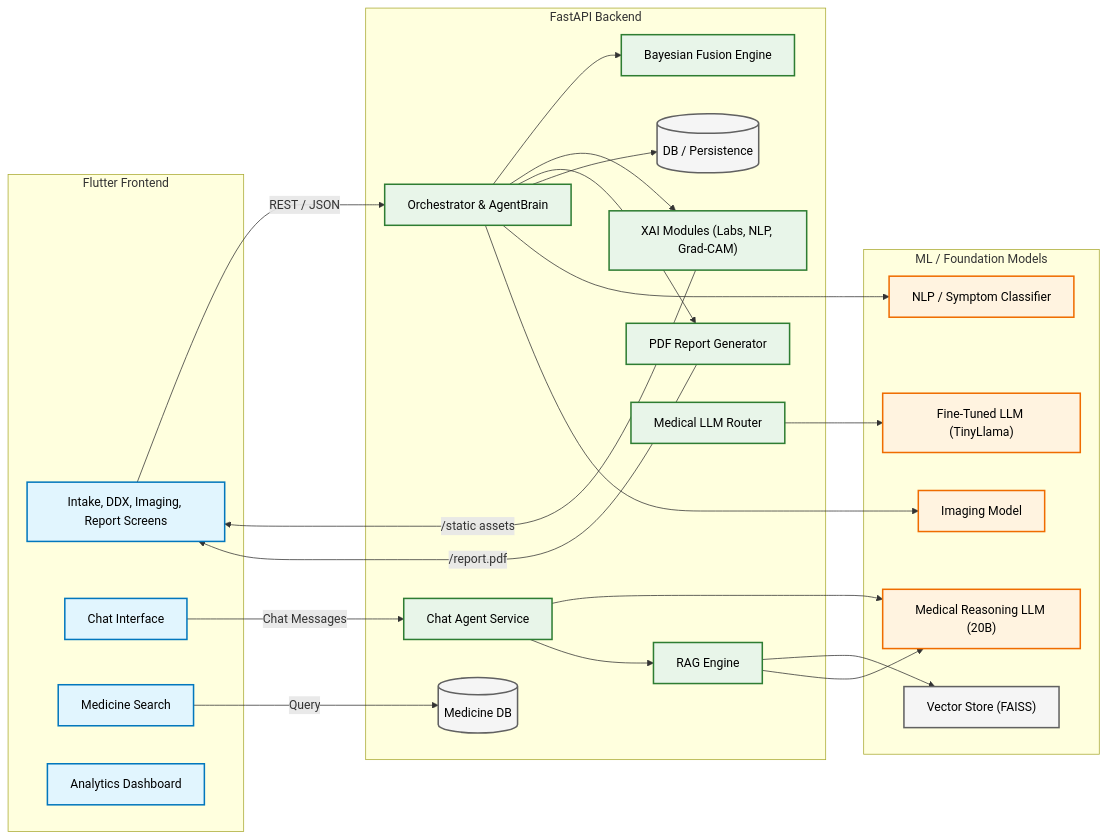
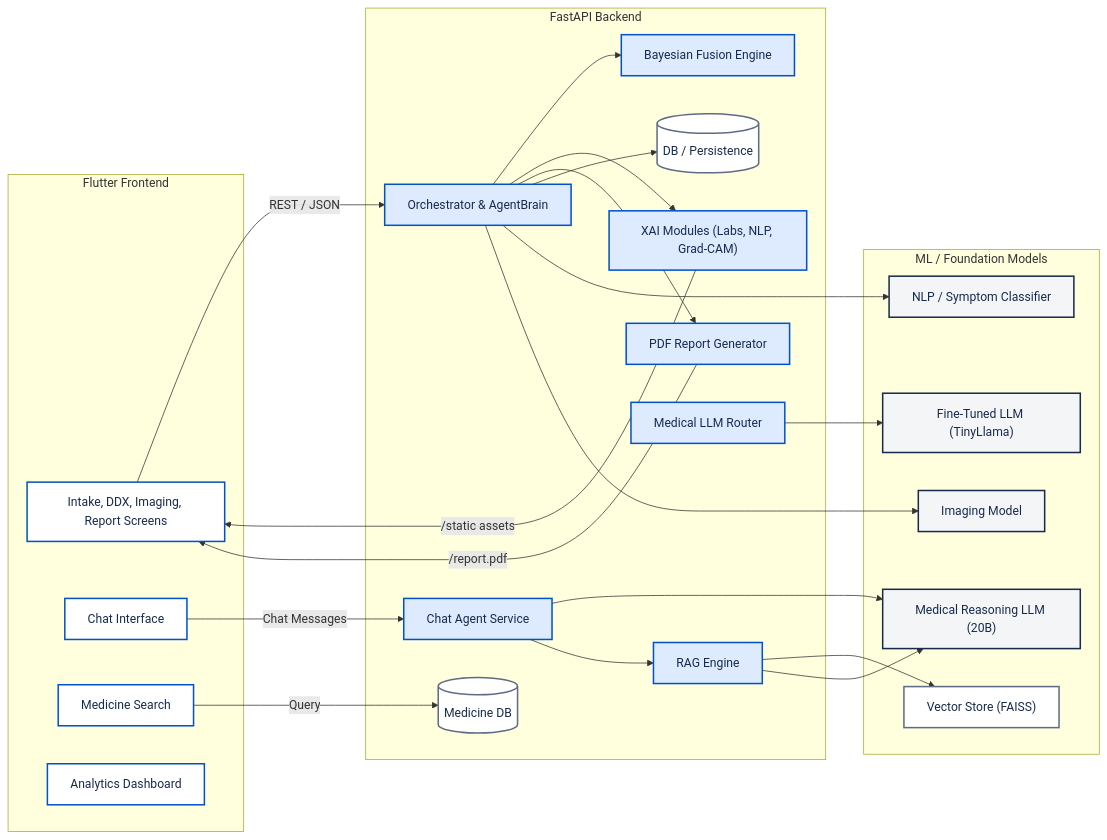
Before and after one commit to anaslari23/Multi-Modal-Health-AI-Agent-Guide: the first of 4 diagrams in README.md, drawn with Mermaid. The commit also changed other lines of this file, not shown here.

Commit message:
docs: Add badges, table of contents, quick start guide, and tech stack, while updating diagram themes in README.

````diff
--- a/README.md
+++ b/README.md
@@ -16,52 +29,52 @@
 ```mermaid
 flowchart LR
-    %% Define Styles
-    classDef frontend fill:#E1F5FE,stroke:#0277BD,stroke-width:2px,color:#000;
-    classDef backend fill:#E8F5E9,stroke:#2E7D32,stroke-width:2px,color:#000;
-    classDef ai fill:#FFF3E0,stroke:#EF6C00,stroke-width:2px,color:#000;
-    classDef db fill:#F5F5F5,stroke:#616161,stroke-width:2px,color:#000;
+    %% Define Styles - Corporate Theme
+    classDef frontend fill:#ffffff,stroke:#0052cc,stroke-width:2px,color:#172b4d;
+    classDef backend fill:#deebff,stroke:#0052cc,stroke-width:2px,color:#172b4d;
+    classDef ai fill:#f4f5f7,stroke:#172b4d,stroke-width:2px,color:#172b4d;
+    classDef db fill:#ffffff,stroke:#5e6c84,stroke-width:2px,color:#172b4d;
 
     subgraph Client [Flutter Frontend]
         UI["Intake, DDX, Imaging, Report Screens"]:::frontend
         CHAT["Chat Interface"]:::frontend
         SEARCH["Medicine Search"]:::frontend
         ANALYTICS["Analytics Dashboard"]:::frontend
     end
 
     subgraph API [FastAPI Backend]
         ORCH["Orchestrator & AgentBrain"]:::backend
         AGENT["Chat Agent Service"]:::backend
         RAG["RAG Engine"]:::backend
         FUSION["Bayesian Fusion Engine"]:::backend
         XAI["XAI Modules (Labs, NLP, Grad-CAM)"]:::backend
         PDF["PDF Report Generator"]:::backend
         DB[("DB / Persistence")]:::db
         MED_DB[("Medicine DB")]:::db
         MED_ROUTER["Medical LLM Router"]:::backend
     end
 
     subgraph Models [ML / Foundation Models]
         LLM["Medical Reasoning LLM (20B)"]:::ai
         FINE_TUNED["Fine-Tuned LLM (TinyLlama)"]:::ai
         NLPModel["NLP / Symptom Classifier"]:::ai
         ImgModel["Imaging Model"]:::ai
         VectorStore["Vector Store (FAISS)"]:::db
     end
 
     UI -->|REST / JSON| ORCH
     CHAT -->|Chat Messages| AGENT
     SEARCH -->|Query| MED_DB
     ORCH --> FUSION
     ORCH --> XAI
     ORCH --> PDF
     ORCH --> DB
     ORCH --> NLPModel
     ORCH --> ImgModel
     AGENT --> LLM
     AGENT --> RAG
     RAG --> VectorStore
     RAG --> LLM
     MED_ROUTER --> FINE_TUNED
     PDF -->|/report.pdf| UI
     XAI -->|/static assets| UI
 ```
````
